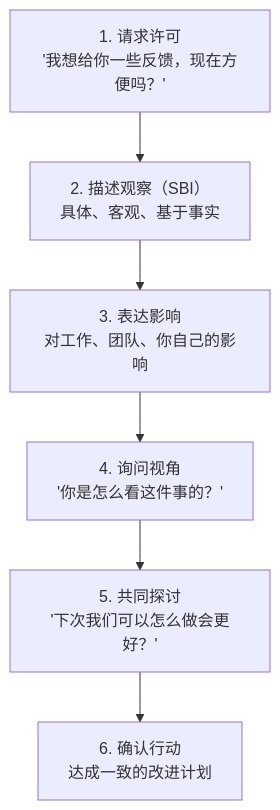
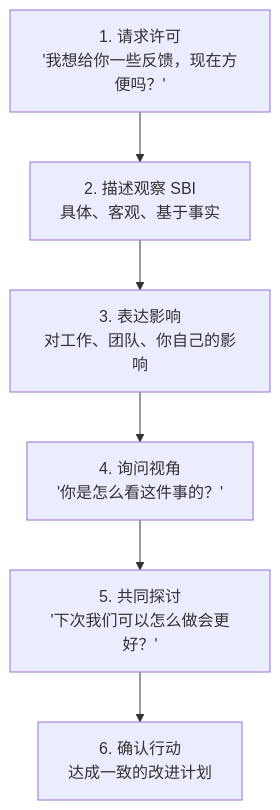
The sixth of 9 diagrams in content/articles/leadership/mgr-03-员工发展与辅导指南.md (jpixy/jpixy.github.io), drawn with Mermaid before and after one commit. The commit also changed other lines of this file and 66 other files, not shown here.

Commit message:
fix: resolve Mermaid syntax errors by removing parentheses in node labels

````diff
--- a/content/articles/leadership/mgr-03-员工发展与辅导指南.md
+++ b/content/articles/leadership/mgr-03-员工发展与辅导指南.md
@@ -250,11 +250,11 @@
 ```mermaid
 graph TB
     A["1. 请求许可<br/>'我想给你一些反馈，现在方便吗？'"]
-    B["2. 描述观察（SBI）<br/>具体、客观、基于事实"]
+    B["2. 描述观察 SBI<br/>具体、客观、基于事实"]
     C["3. 表达影响<br/>对工作、团队、你自己的影响"]
     D["4. 询问视角<br/>'你是怎么看这件事的？'"]
     E["5. 共同探讨<br/>'下次我们可以怎么做会更好？'"]
     F["6. 确认行动<br/>达成一致的改进计划"]
     
     A --> B --> C --> D --> E --> F
 ```
````
